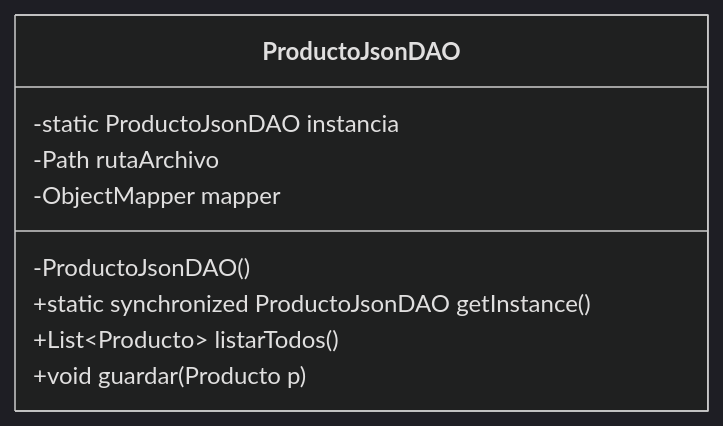
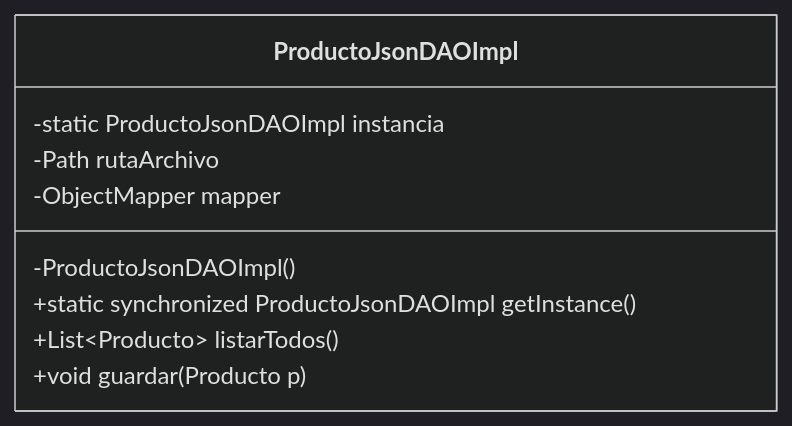
The second of 2 diagrams in docs/02_ada_2627/ut2_manejo_ficheros/9-arquitectura-patron-dao.md (acamarac02/DevTacora), drawn with Mermaid (dark theme) before and after one commit. The commit also changed other lines of this file and 3 other files, not shown here.

````diff
--- a/docs/02_ada_2627/ut2_manejo_ficheros/9-arquitectura-patron-dao.md
+++ b/docs/02_ada_2627/ut2_manejo_ficheros/9-arquitectura-patron-dao.md
@@ -123,12 +121,12 @@
 ```mermaid
 classDiagram
-    class ProductoJsonDAO {
-        -static ProductoJsonDAO instancia
+    class ProductoJsonDAOImpl {
+        -static ProductoJsonDAOImpl instancia
         -Path rutaArchivo
         -ObjectMapper mapper
-        -ProductoJsonDAO()
-        +static synchronized ProductoJsonDAO getInstance()
+        -ProductoJsonDAOImpl()
+        +static synchronized ProductoJsonDAOImpl getInstance()
         +List~Producto~ listarTodos()
         +void guardar(Producto p)
     }
 ```
````
